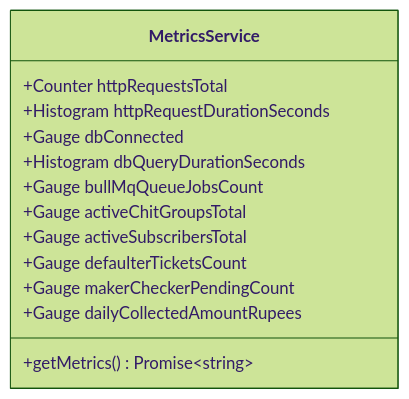
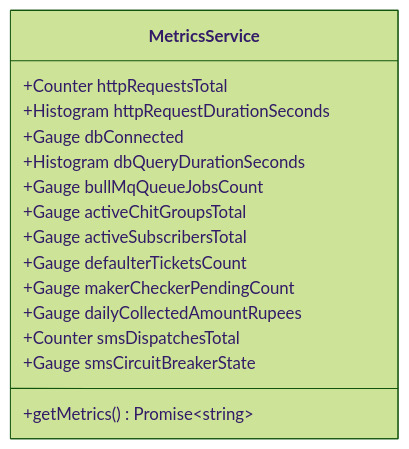
One commit to Kathir-24/Kumaran-finance changed the third of 7 diagrams in docs/03-architecture/observability-and-monitoring-architecture.md. Above: the diagram before and after it, drawn with Mermaid (forest theme). The commit also changed other lines of this file and 4 other files, not shown here.

````diff
--- a/docs/03-architecture/observability-and-monitoring-architecture.md
+++ b/docs/03-architecture/observability-and-monitoring-architecture.md
@@ -105,16 +105,18 @@
 ```mermaid
 classDiagram
     class MetricsService {
         +Counter httpRequestsTotal
         +Histogram httpRequestDurationSeconds
         +Gauge dbConnected
         +Histogram dbQueryDurationSeconds
         +Gauge bullMqQueueJobsCount
         +Gauge activeChitGroupsTotal
         +Gauge activeSubscribersTotal
         +Gauge defaulterTicketsCount
         +Gauge makerCheckerPendingCount
         +Gauge dailyCollectedAmountRupees
+        +Counter smsDispatchesTotal
+        +Gauge smsCircuitBreakerState
         +getMetrics() Promise~string~
     }
 ```
````
